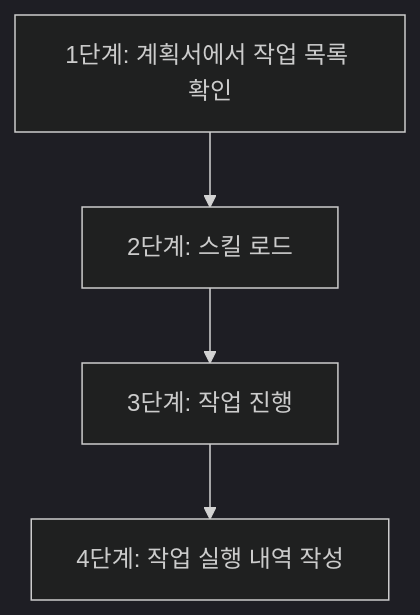
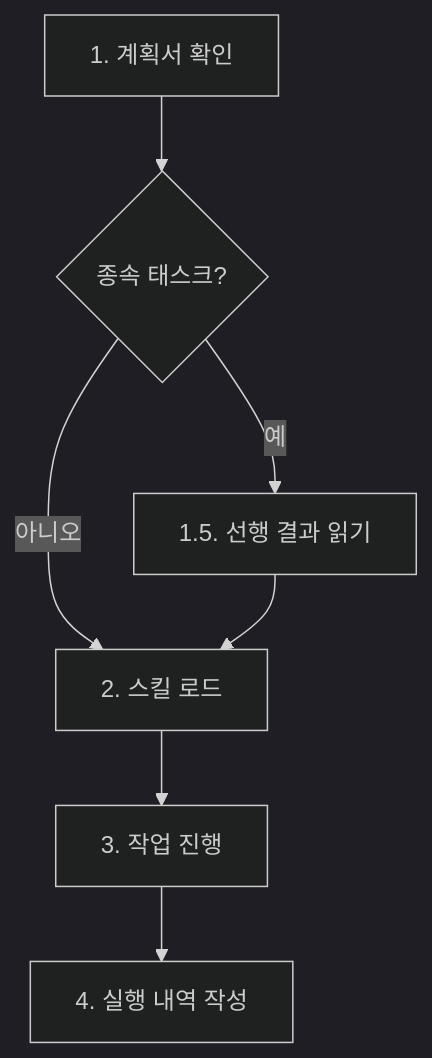
The diagram in .claude/agents/worker.md (KoreanLeeChangHyun/claude-workflow), drawn with Mermaid (dark theme) before and after one commit. The commit also changed other lines of this file and 38 other files, not shown here.

First line of the commit message:
feat: 워크플로우 핵심 개선 및 스킬 확장

````diff
--- a/.claude/agents/worker.md
+++ b/.claude/agents/worker.md
@@ -17,6 +17,9 @@
 ```mermaid
 flowchart TD
-    S1[1단계: 계획서에서 작업 목록 확인] --> S2[2단계: 스킬 로드]
-    S2 --> S3[3단계: 작업 진행]
-    S3 --> S4[4단계: 작업 실행 내역 작성]
+    S1[1. 계획서 확인] --> Q1{종속 태스크?}
+    Q1 -->|예| S1_5[1.5. 선행 결과 읽기]
+    Q1 -->|아니오| S2[2. 스킬 로드]
+    S1_5 --> S2
+    S2 --> S3[3. 작업 진행]
+    S3 --> S4[4. 실행 내역 작성]
 ```
````
